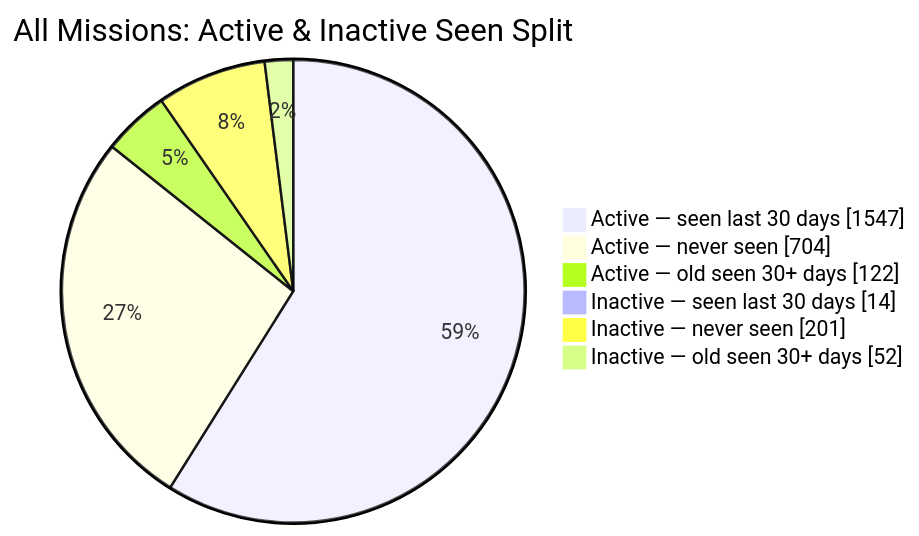
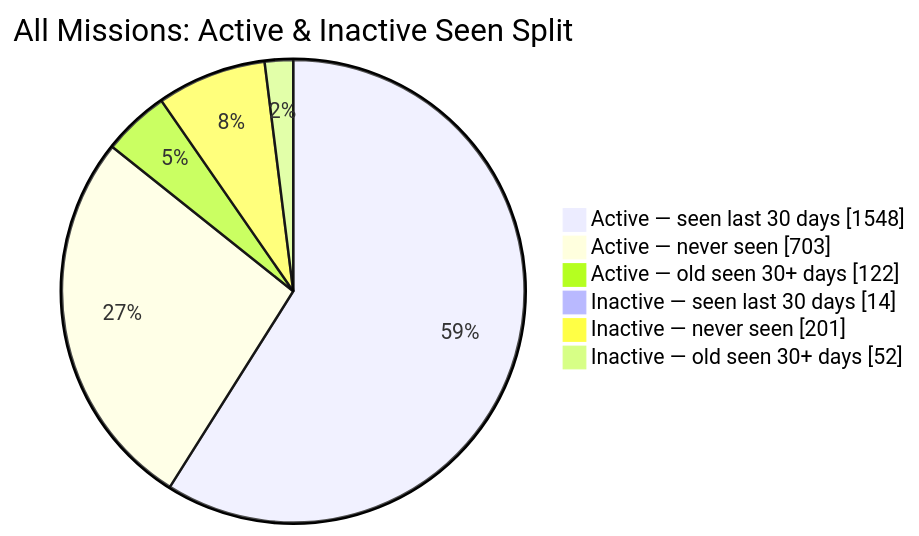
One commit to MeldkamerspelGameTeam/active-missions changed the second of 2 diagrams in README.md. Above: the diagram before and after it, drawn with Mermaid. The commit also changed other lines of this file and 2 other files, not shown here.

````diff
--- a/README.md
+++ b/README.md
@@ -44,10 +44,10 @@
 ```mermaid
 pie showData
     title All Missions: Active & Inactive Seen Split
-    "Active — seen last 30 days" : 1547
-    "Active — never seen" : 704
+    "Active — seen last 30 days" : 1548
+    "Active — never seen" : 703
     "Active — old seen 30+ days" : 122
     "Inactive — seen last 30 days" : 14
     "Inactive — never seen" : 201
     "Inactive — old seen 30+ days" : 52
 ```
````
